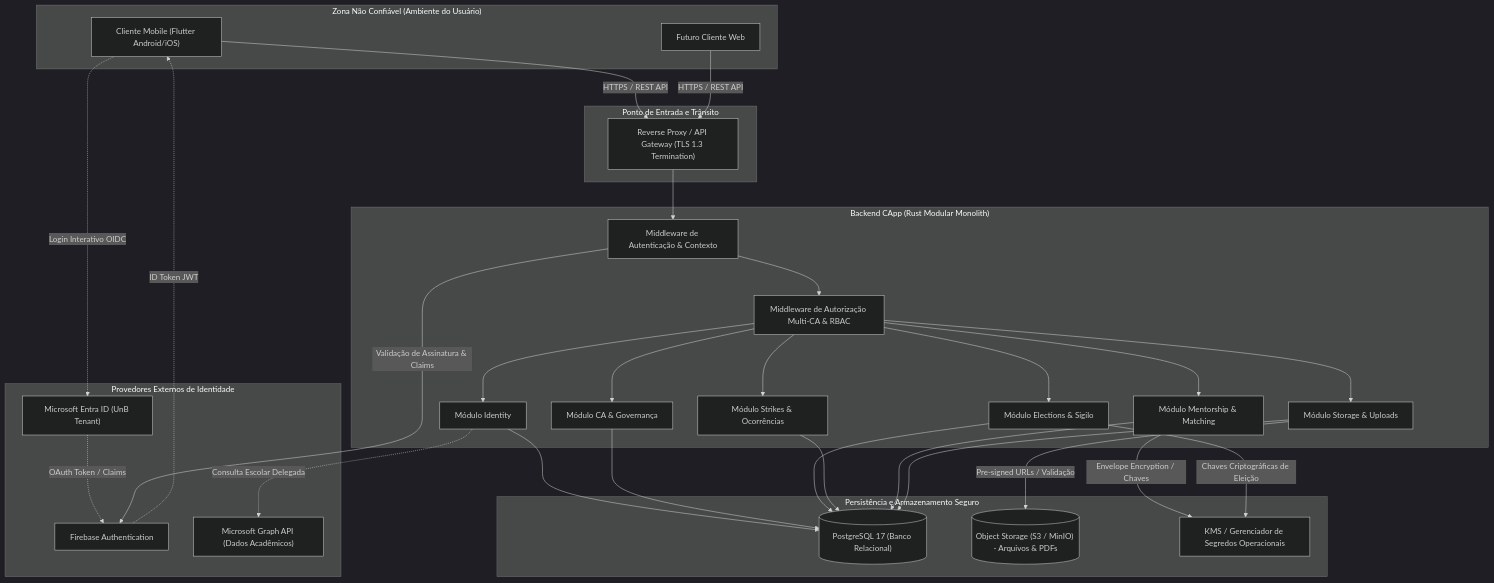
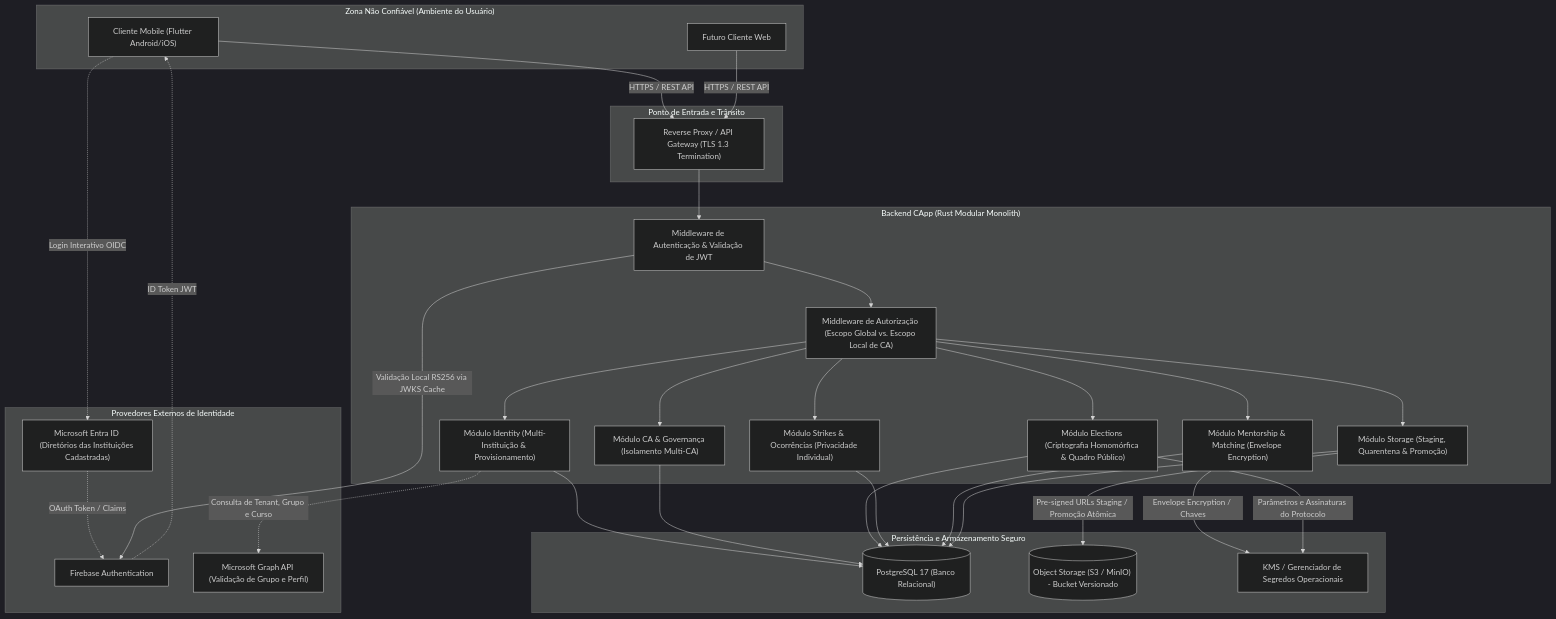
Before and after one commit to Henrique-zoo/CApp: the first of 2 diagrams in docs/seguranca/modelo_de_ameacas_e_controles.md, drawn with Mermaid (dark theme). The commit also changed other lines of this file, not shown here.

````diff
--- a/docs/seguranca/modelo_de_ameacas_e_controles.md
+++ b/docs/seguranca/modelo_de_ameacas_e_controles.md
@@ -33,63 +36,63 @@
 ```mermaid
 flowchart TD
     subgraph UntrustedZone["Zona Não Confiável (Ambiente do Usuário)"]
         MobileApp["Cliente Mobile (Flutter Android/iOS)"]
         WebClient["Futuro Cliente Web"]
     end
 
     subgraph ExternalAuthZone["Provedores Externos de Identidade"]
-        MS_Auth["Microsoft Entra ID (UnB Tenant)"]
+        MS_Auth["Microsoft Entra ID (Diretórios das Instituições Cadastradas)"]
         Firebase_Auth["Firebase Authentication"]
-        MS_Graph["Microsoft Graph API (Dados Acadêmicos)"]
+        MS_Graph["Microsoft Graph API (Validação de Grupo e Perfil)"]
     end
 
     subgraph DMZ["Ponto de Entrada e Trânsito"]
         ReverseProxy["Reverse Proxy / API Gateway (TLS 1.3 Termination)"]
     end
 
     subgraph TrustedBackend["Backend CApp (Rust Modular Monolith)"]
-        AuthMiddleware["Middleware de Autenticação & Contexto"]
-        RBACMiddleware["Middleware de Autorização Multi-CA & RBAC"]
-        ModuleIdentity["Módulo Identity"]
-        ModuleCA["Módulo CA & Governança"]
-        ModuleElections["Módulo Elections & Sigilo"]
-        ModuleStrikes["Módulo Strikes & Ocorrências"]
-        ModuleMentorship["Módulo Mentorship & Matching"]
-        ModuleStorage["Módulo Storage & Uploads"]
+        AuthMiddleware["Middleware de Autenticação & Validação de JWT"]
+        RBACMiddleware["Middleware de Autorização (Escopo Global vs. Escopo Local de CA)"]
+        ModuleIdentity["Módulo Identity (Multi-Instituição & Provisionamento)"]
+        ModuleCA["Módulo CA & Governança (Isolamento Multi-CA)"]
+        ModuleElections["Módulo Elections (Criptografia Homomórfica & Quadro Público)"]
+        ModuleStrikes["Módulo Strikes & Ocorrências (Privacidade Individual)"]
+        ModuleMentorship["Módulo Mentorship & Matching (Envelope Encryption)"]
+        ModuleStorage["Módulo Storage (Staging, Quarentena & Promoção)"]
     end
 
     subgraph SecurePersistence["Persistência e Armazenamento Seguro"]
         PostgresDB[("PostgreSQL 17 (Banco Relacional)")]
-        ObjectStorage[("Object Storage (S3 / MinIO) - Arquivos & PDFs")]
+        ObjectStorage[("Object Storage (S3 / MinIO) - Bucket Versionado")]
         SecretsService["KMS / Gerenciador de Segredos Operacionais"]
     end
 
     MobileApp -->|HTTPS / REST API| ReverseProxy
     WebClient -->|HTTPS / REST API| ReverseProxy
     MobileApp -.->|Login Interativo OIDC| MS_Auth
     MS_Auth -.->|OAuth Token / Claims| Firebase_Auth
     Firebase_Auth -.->|ID Token JWT| MobileApp
 
     ReverseProxy --> AuthMiddleware
-    AuthMiddleware -->|Validação de Assinatura & Claims| Firebase_Auth
+    AuthMiddleware -->|Validação Local RS256 via JWKS Cache| Firebase_Auth
     AuthMiddleware --> RBACMiddleware
 
     RBACMiddleware --> ModuleIdentity
     RBACMiddleware --> ModuleCA
     RBACMiddleware --> ModuleElections
     RBACMiddleware --> ModuleStrikes
     RBACMiddleware --> ModuleMentorship
     RBACMiddleware --> ModuleStorage
 
-    ModuleIdentity -.->|Consulta Escolar Delegada| MS_Graph
+    ModuleIdentity -.->|Consulta de Tenant, Grupo e Curso| MS_Graph
     ModuleIdentity --> PostgresDB
     ModuleCA --> PostgresDB
     ModuleElections --> PostgresDB
     ModuleStrikes --> PostgresDB
     ModuleMentorship --> PostgresDB
     ModuleStorage --> PostgresDB
 
-    ModuleStorage -->|Pre-signed URLs / Validação| ObjectStorage
+    ModuleStorage -->|Pre-signed URLs Staging / Promoção Atômica| ObjectStorage
     ModuleMentorship -->|Envelope Encryption / Chaves| SecretsService
-    ModuleElections -->|Chaves Criptográficas de Eleição| SecretsService
+    ModuleElections -->|Parâmetros e Assinaturas do Protocolo| SecretsService
 ```
````
